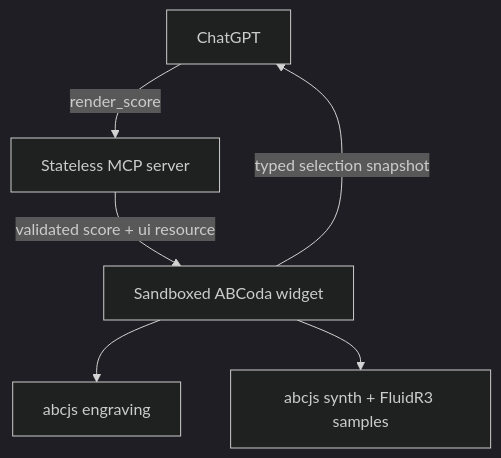
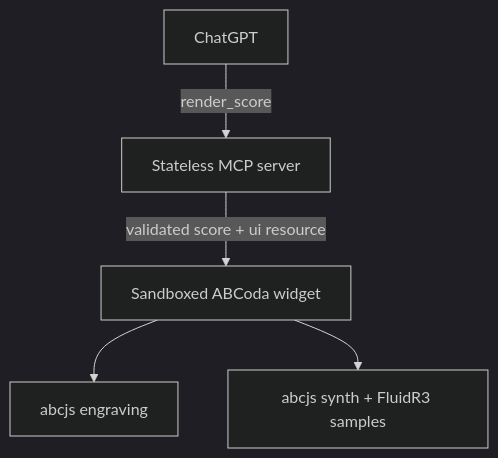
One commit to R3Neer/abcoda changed the diagram in README.md. Above: the diagram before and after it, drawn with Mermaid (dark theme). The commit also changed other lines of this file and 10 other files, not shown here.

````diff
--- a/README.md
+++ b/README.md
@@ -18,8 +16,7 @@
 ```mermaid
 flowchart TD
     A[ChatGPT] -->|render_score| B[Stateless MCP server]
     B -->|validated score + ui resource| C[Sandboxed ABCoda widget]
     C --> D[abcjs engraving]
     C --> E[abcjs synth + FluidR3 samples]
-    C -->|typed selection snapshot| A
 ```
````
